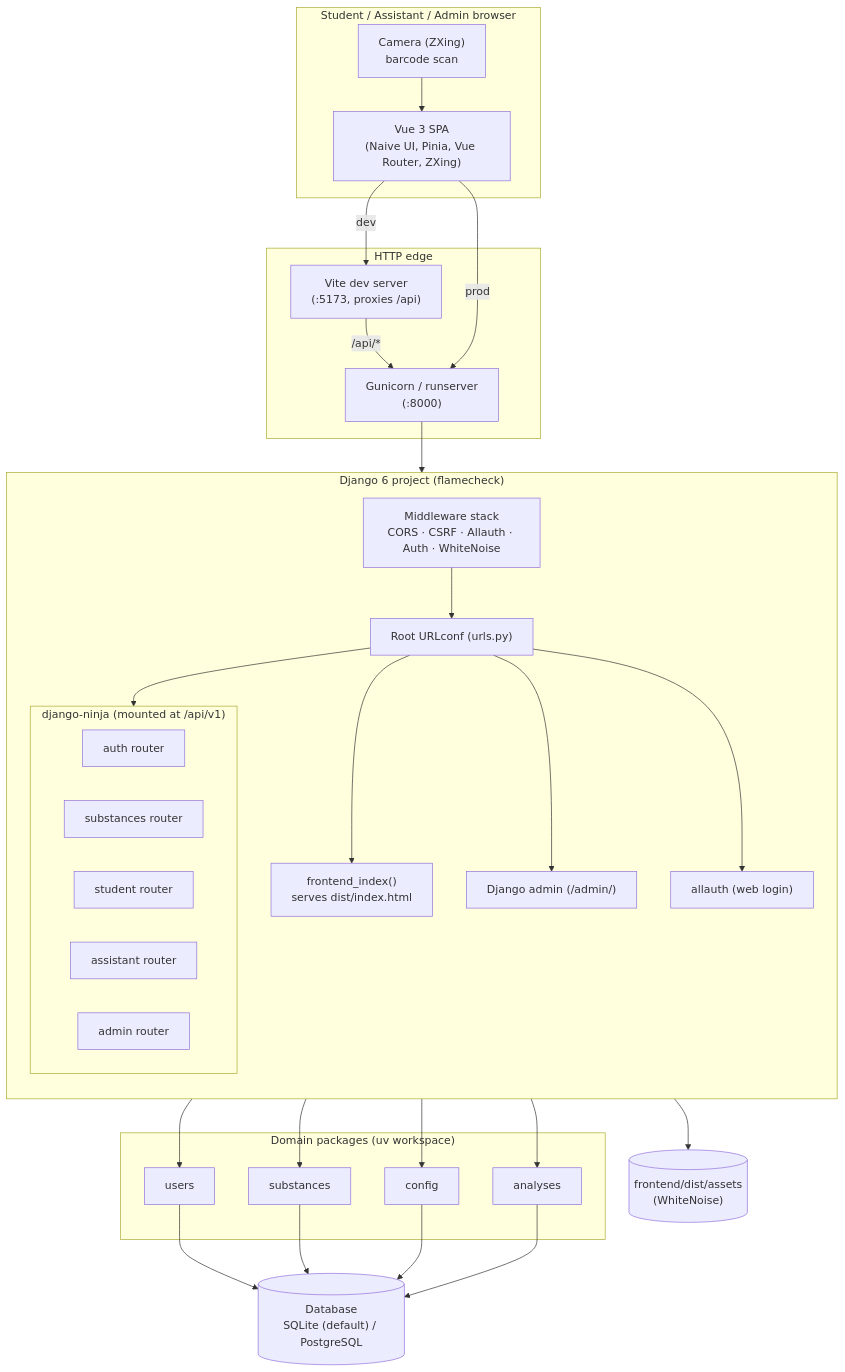
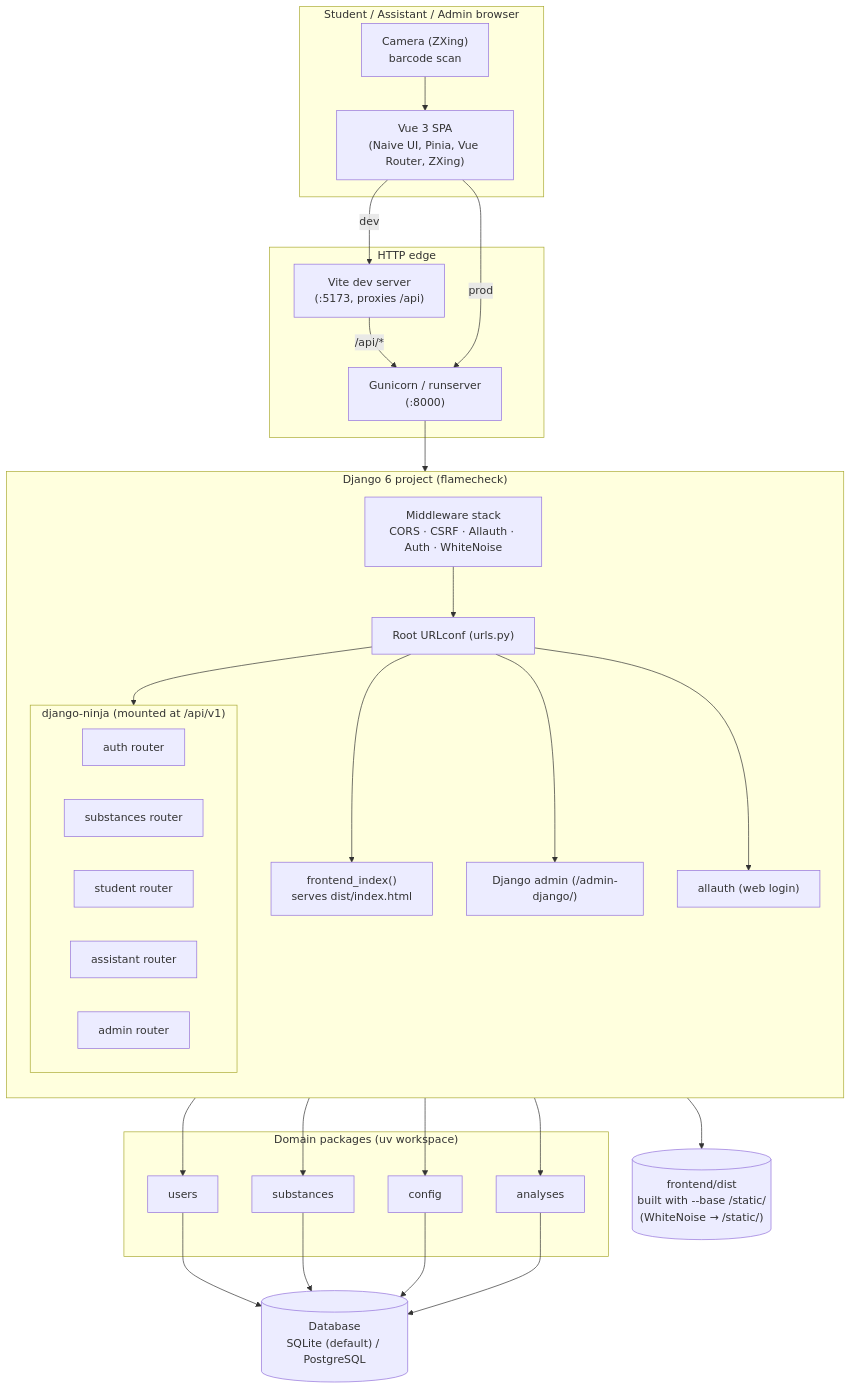
Before and after one commit to LARA-chemistry/flamecheck: the first of 6 diagrams in docs/development/architecture.md, drawn with Mermaid. The commit also changed other lines of this file and 24 other files, not shown here.

````diff
--- a/docs/development/architecture.md
+++ b/docs/development/architecture.md
@@ -103,51 +113,51 @@
 ```mermaid
 flowchart TB
     subgraph Browser["Student / Assistant / Admin browser"]
         SPA["Vue 3 SPA<br/>(Naive UI, Pinia, Vue Router, ZXing)"]
         Camera["Camera (ZXing)<br/>barcode scan"]
     end
 
     subgraph Edge["HTTP edge"]
         ViteDev["Vite dev server<br/>(:5173, proxies /api)"]
         Gunicorn["Gunicorn / runserver<br/>(:8000)"]
     end
 
     subgraph Django["Django 6 project (flamecheck)"]
         direction TB
         MW["Middleware stack<br/>CORS · CSRF · Allauth · Auth · WhiteNoise"]
         URL["Root URLconf (urls.py)"]
         subgraph NinjaAPI["django-ninja (mounted at /api/v1)"]
             direction LR
             R1["auth router"]
             R2["substances router"]
             R3["student router"]
             R4["assistant router"]
             R5["admin router"]
         end
         SPAView["frontend_index()<br/>serves dist/index.html"]
-        AdminSite["Django admin (/admin/)"]
+        AdminSite["Django admin (/admin-django/)"]
         AllAuth["allauth (web login)"]
     end
 
     subgraph Domain["Domain packages (uv workspace)"]
         U["users"]
         S["substances"]
         C["config"]
         A["analyses"]
     end
 
     DB[("Database<br/>SQLite (default) / PostgreSQL")]
-    Static[("frontend/dist/assets<br/>(WhiteNoise)")]
+    Static[("frontend/dist<br/>built with --base /static/<br/>(WhiteNoise → /static/)")]
 
     Camera --> SPA
     SPA -->|"dev"| ViteDev
     ViteDev -->|"/api/*"| Gunicorn
     SPA -->|"prod"| Gunicorn
     Gunicorn --> MW --> URL
     URL --> NinjaAPI
     URL --> SPAView --> Static
     URL --> AdminSite
     URL --> AllAuth
     NinjaAPI --> U & S & C & A
     U & S & C & A --> DB
 ```
````
